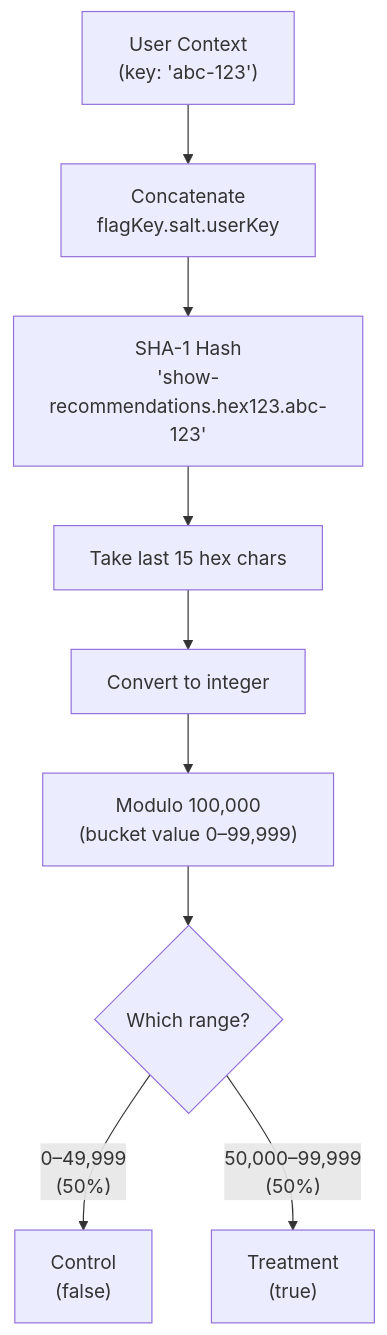
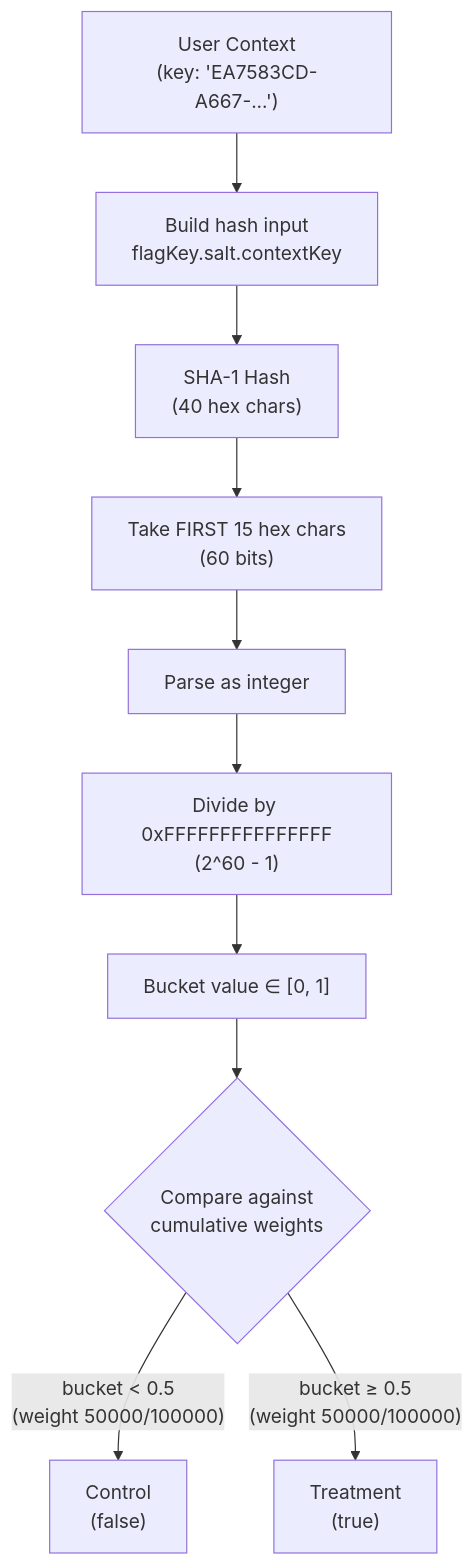
One commit to rtodea/launch-darkly-poc changed the first of 4 diagrams in docs/bucket-assignment.md. Above: the diagram before and after it, drawn with Mermaid. The commit also changed other lines of this file, not shown here.

First line of the commit message:
Expand bucket assignment docs with SDK source, math proof, iOS UUIDs

````diff
--- a/docs/bucket-assignment.md
+++ b/docs/bucket-assignment.md
@@ -13,11 +23,12 @@
 ```mermaid
 flowchart TD
-    A["User Context<br/>(key: 'abc-123')"] --> B["Concatenate<br/>flagKey.salt.userKey"]
-    B --> C["SHA-1 Hash<br/>'show-recommendations.hex123.abc-123'"]
-    C --> D["Take last 15 hex chars"]
-    D --> E["Convert to integer"]
-    E --> F["Modulo 100,000<br/>(bucket value 0–99,999)"]
-    F --> G{"Which range?"}
-    G -->|"0–49,999<br/>(50%)"| H["Control<br/>(false)"]
-    G -->|"50,000–99,999<br/>(50%)"| I["Treatment<br/>(true)"]
+    A["User Context<br/>(key: 'EA7583CD-A667-...')"] --> B["Build hash input<br/>flagKey.salt.contextKey"]
+    B --> C["SHA-1 Hash<br/>(40 hex chars)"]
+    C --> D["Take FIRST 15 hex chars<br/>(60 bits)"]
+    D --> E["Parse as integer"]
+    E --> F["Divide by 0xFFFFFFFFFFFFFFF<br/>(2^60 - 1)"]
+    F --> G["Bucket value ∈ [0, 1]"]
+    G --> H{"Compare against<br/>cumulative weights"}
+    H -->|"bucket < 0.5<br/>(weight 50000/100000)"| I["Control<br/>(false)"]
+    H -->|"bucket ≥ 0.5<br/>(weight 50000/100000)"| J["Treatment<br/>(true)"]
 ```
````
